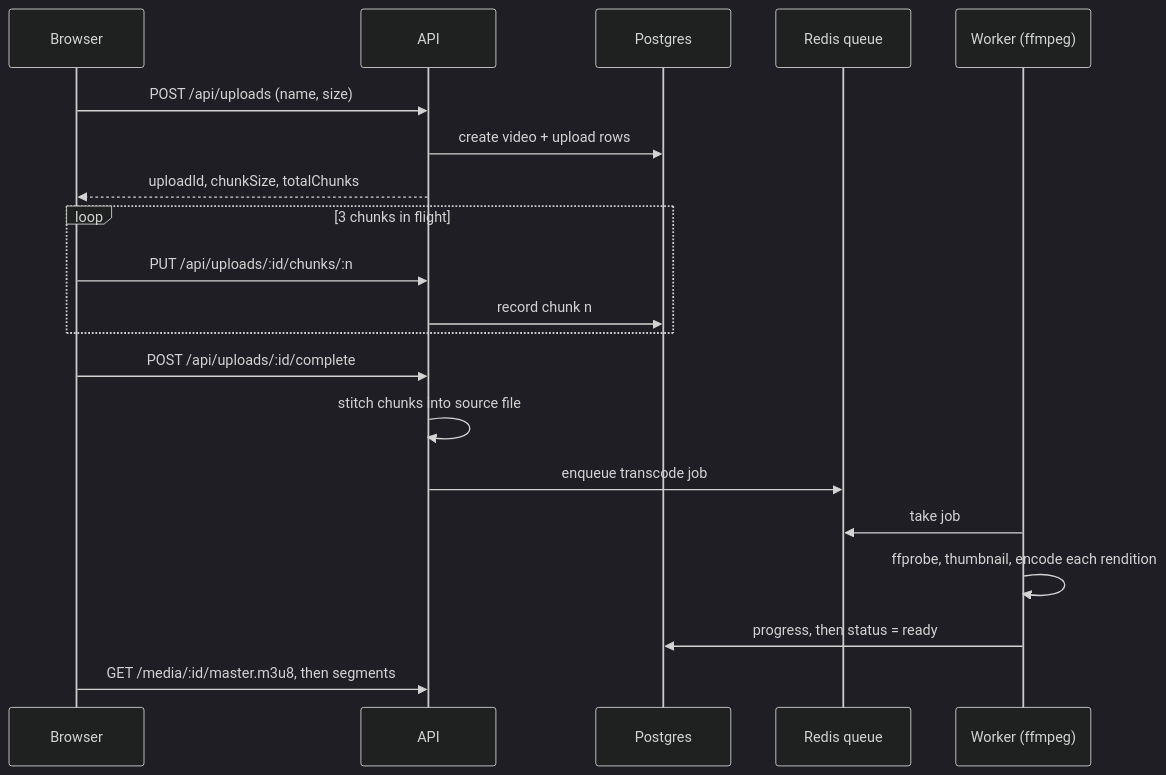
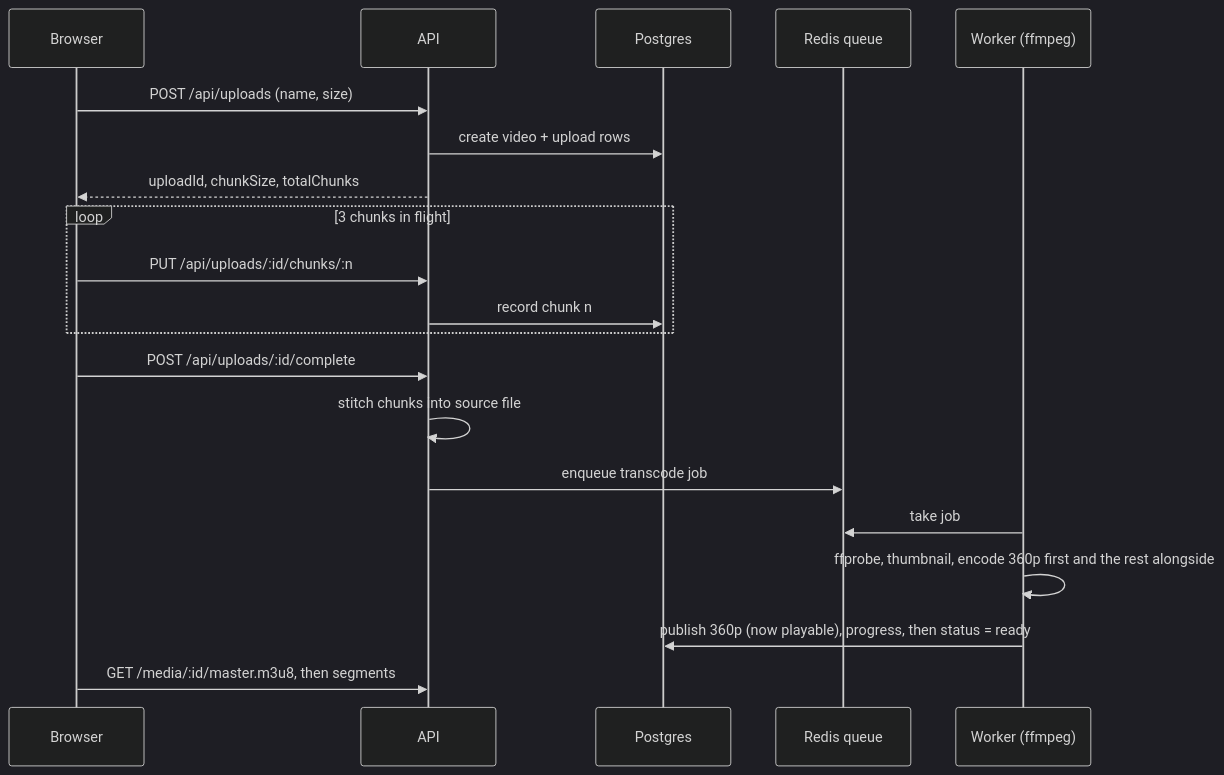
Before and after one commit to siddarthamuppalla/video-platform: the diagram in README.md, drawn with Mermaid (dark theme). The commit also changed other lines of this file and 14 other files, not shown here.

First line of the commit message:
Encode the smallest rendition first and make videos playable as soon as it lands

````diff
--- a/README.md
+++ b/README.md
@@ -30,22 +30,22 @@
 ```mermaid
 sequenceDiagram
   participant B as Browser
   participant A as API
   participant D as Postgres
   participant Q as Redis queue
   participant W as Worker (ffmpeg)
   B->>A: POST /api/uploads (name, size)
   A->>D: create video + upload rows
   A-->>B: uploadId, chunkSize, totalChunks
   loop 3 chunks in flight
     B->>A: PUT /api/uploads/:id/chunks/:n
     A->>D: record chunk n
   end
   B->>A: POST /api/uploads/:id/complete
   A->>A: stitch chunks into source file
   A->>Q: enqueue transcode job
   W->>Q: take job
-  W->>W: ffprobe, thumbnail, encode each rendition
-  W->>D: progress, then status = ready
+  W->>W: ffprobe, thumbnail, encode 360p first and the rest alongside
+  W->>D: publish 360p (now playable), progress, then status = ready
   B->>A: GET /media/:id/master.m3u8, then segments
 ```
````
